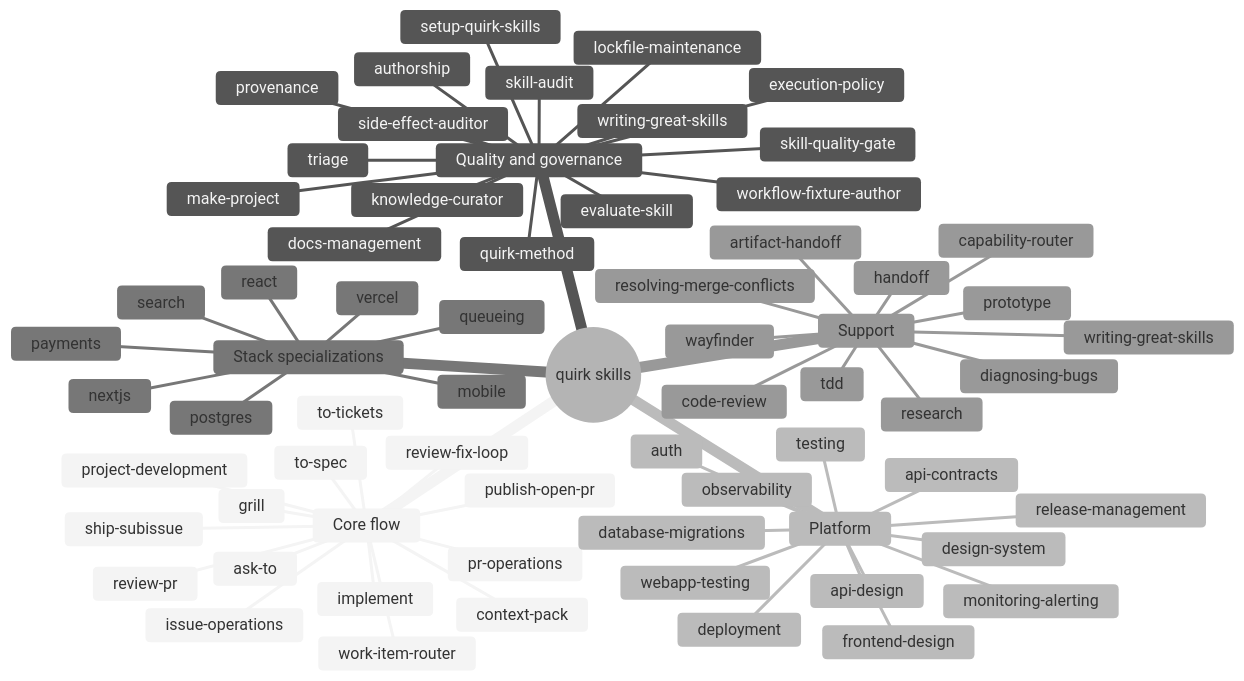
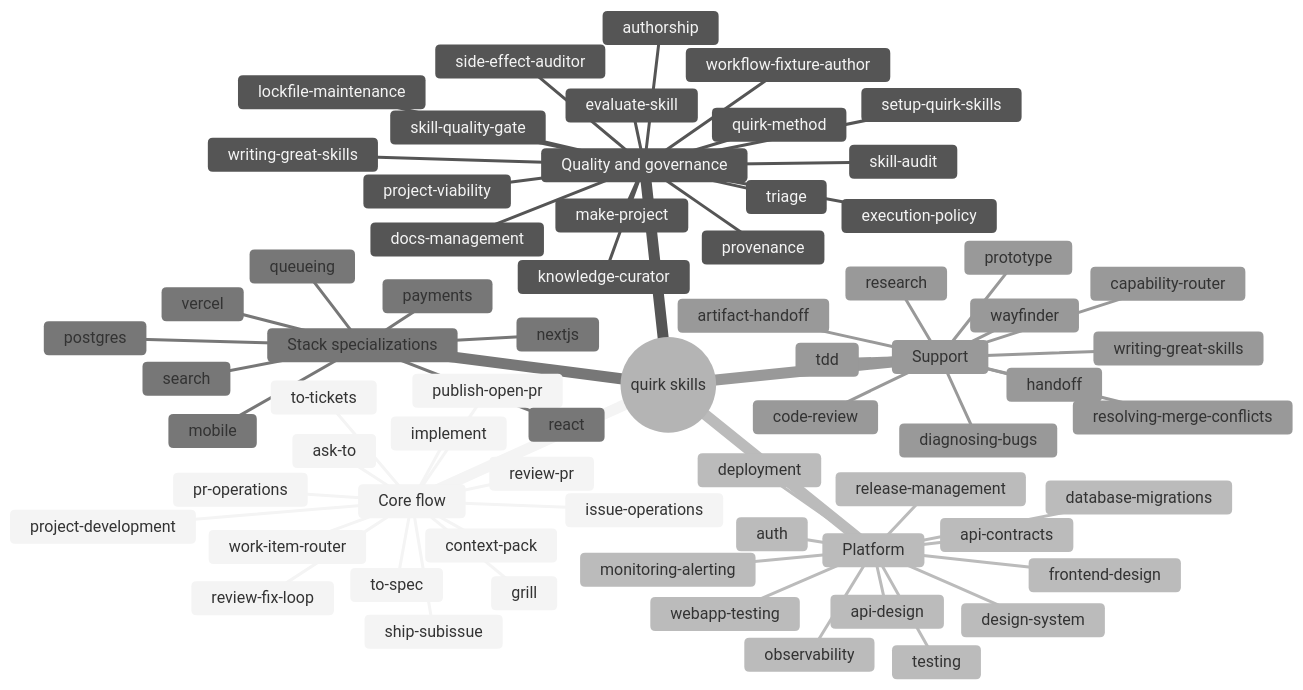
One commit to quantumquirkxyz/skills-quirk changed the diagram in docs/agents/skills-map.md. Above: the diagram before and after it, drawn with Mermaid (neutral theme). The commit also changed other lines of this file and 13 other files, not shown here.

First line of the commit message:
feat(project-viability): add viability assessment skill with parallel sub-agents

````diff
--- a/docs/agents/skills-map.md
+++ b/docs/agents/skills-map.md
@@ -3,70 +3,71 @@
 ```mermaid
 mindmap
     root((quirk skills))
         Core flow
             ask-to
             grill
             project-development
             context-pack
             work-item-router
             to-spec
             to-tickets
             implement
             publish-open-pr
             issue-operations
             pr-operations
             review-pr
             review-fix-loop
             ship-subissue
         Quality and governance
             authorship
             quirk-method
             provenance
             skill-audit
             evaluate-skill
             lockfile-maintenance
             skill-quality-gate
             workflow-fixture-author
             side-effect-auditor
             knowledge-curator
             writing-great-skills
             execution-policy
             docs-management
+            project-viability
             triage
             make-project
             setup-quirk-skills
         Platform
             frontend-design
             design-system
             webapp-testing
             api-design
             api-contracts
             auth
             deployment
             release-management
             monitoring-alerting
             observability
             testing
             database-migrations
         Stack specializations
             nextjs
             react
             vercel
             postgres
             search
             queueing
             mobile
             payments
         Support
             artifact-handoff
             handoff
             prototype
             research
             tdd
             diagnosing-bugs
             resolving-merge-conflicts
             capability-router
             code-review
             wayfinder
             writing-great-skills
 ```
````
